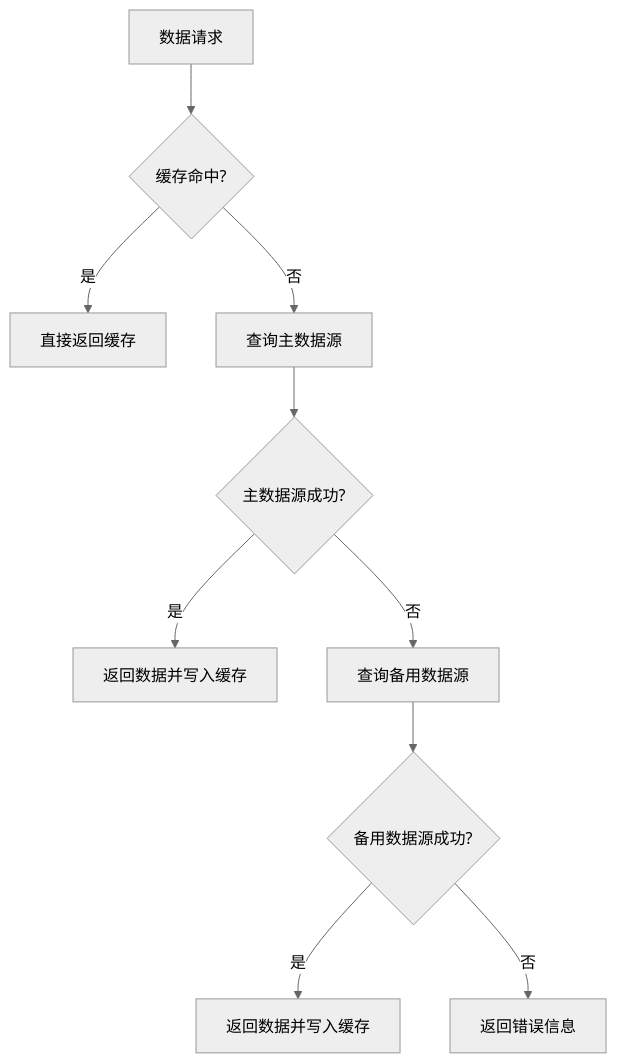
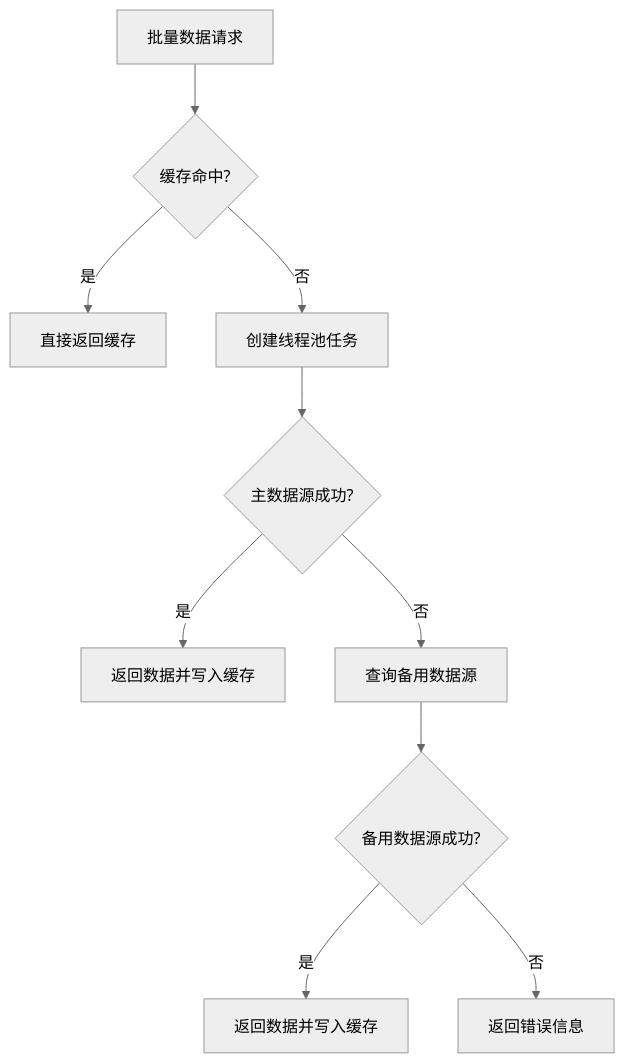
Diagram 11 of 11 in .qoder/repowiki/zh/content/核心功能开发/实时市场数据可视化.md (gree-coder/fund-butler), drawn with Mermaid (neutral theme) before and after one commit. The commit also changed other lines of this file and 23 other files, not shown here.

````diff
--- a/.qoder/repowiki/zh/content/核心功能开发/实时市场数据可视化.md
+++ b/.qoder/repowiki/zh/content/核心功能开发/实时市场数据可视化.md
@@ -421,12 +513,12 @@
 ```mermaid
 flowchart TD
-A[数据请求] --> B{缓存命中?}
+A[批量数据请求] --> B{缓存命中?}
 B --> |是| C[直接返回缓存]
-B --> |否| D[查询主数据源]
+B --> |否| D[创建线程池任务]
 D --> E{主数据源成功?}
 E --> |是| F[返回数据并写入缓存]
 E --> |否| G[查询备用数据源]
 G --> H{备用数据源成功?}
 H --> |是| I[返回数据并写入缓存]
 H --> |否| J[返回错误信息]
 ```
````
